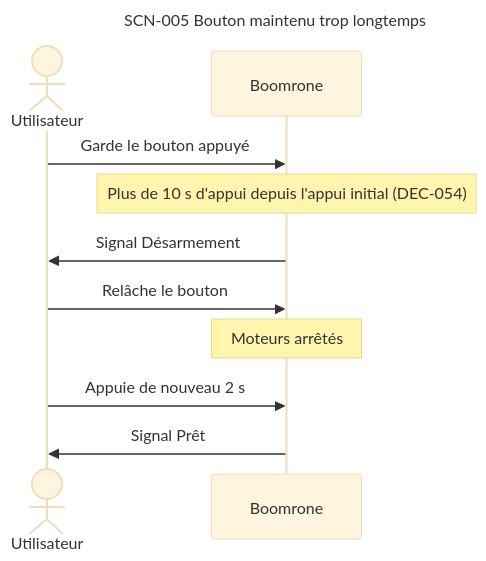
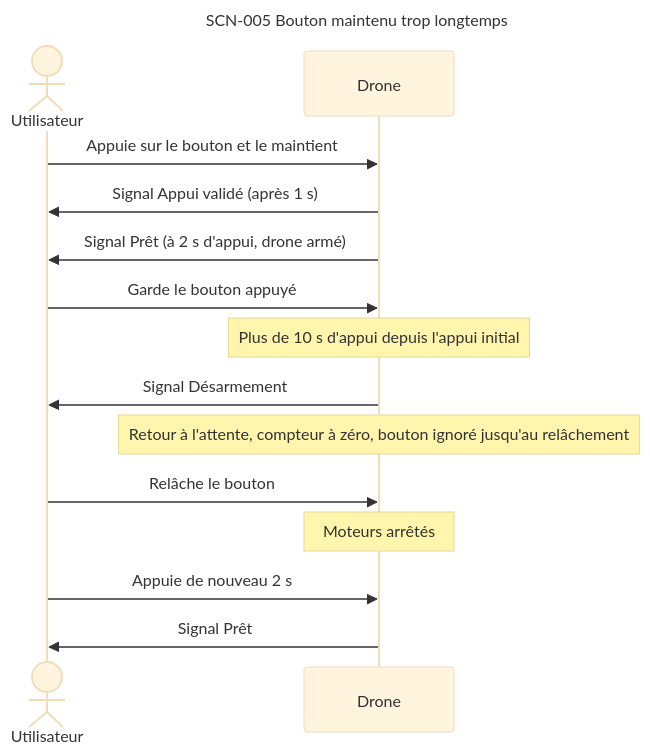
One commit to thourymatthieu-png/coworker_archi_system changed the ninth of 15 diagrams in projets/boomrone/00-scenarios.md. Above: the diagram before and after it, drawn with Mermaid (base theme). The commit also changed other lines of this file and 5 other files, not shown here.

Commit message:
Boomrone : diagrammes d'ensemble scindés (a, b, c), glossaire, relectures de porte, DEC-083 à DEC-086, doutes DOU-085 à DOU-090

````diff
--- a/projets/boomrone/00-scenarios.md
+++ b/projets/boomrone/00-scenarios.md
@@ -302,15 +464,19 @@
 ```mermaid
 ---
 title: "SCN-005 Bouton maintenu trop longtemps"
 ---
 sequenceDiagram
     actor U as Utilisateur
-    participant D as Boomrone
+    participant D as Drone
+    U->>D: Appuie sur le bouton et le maintient
+    D->>U: Signal Appui validé (après 1 s)
+    D->>U: Signal Prêt (à 2 s d'appui, drone armé)
     U->>D: Garde le bouton appuyé
-    Note over D: Plus de 10 s d'appui depuis l'appui initial (DEC-054)
+    Note over D: Plus de 10 s d'appui depuis l'appui initial
     D->>U: Signal Désarmement
+    Note over D: Retour à l'attente, compteur à zéro, bouton ignoré jusqu'au relâchement
     U->>D: Relâche le bouton
     Note over D: Moteurs arrêtés
     U->>D: Appuie de nouveau 2 s
     D->>U: Signal Prêt
 ```
````
